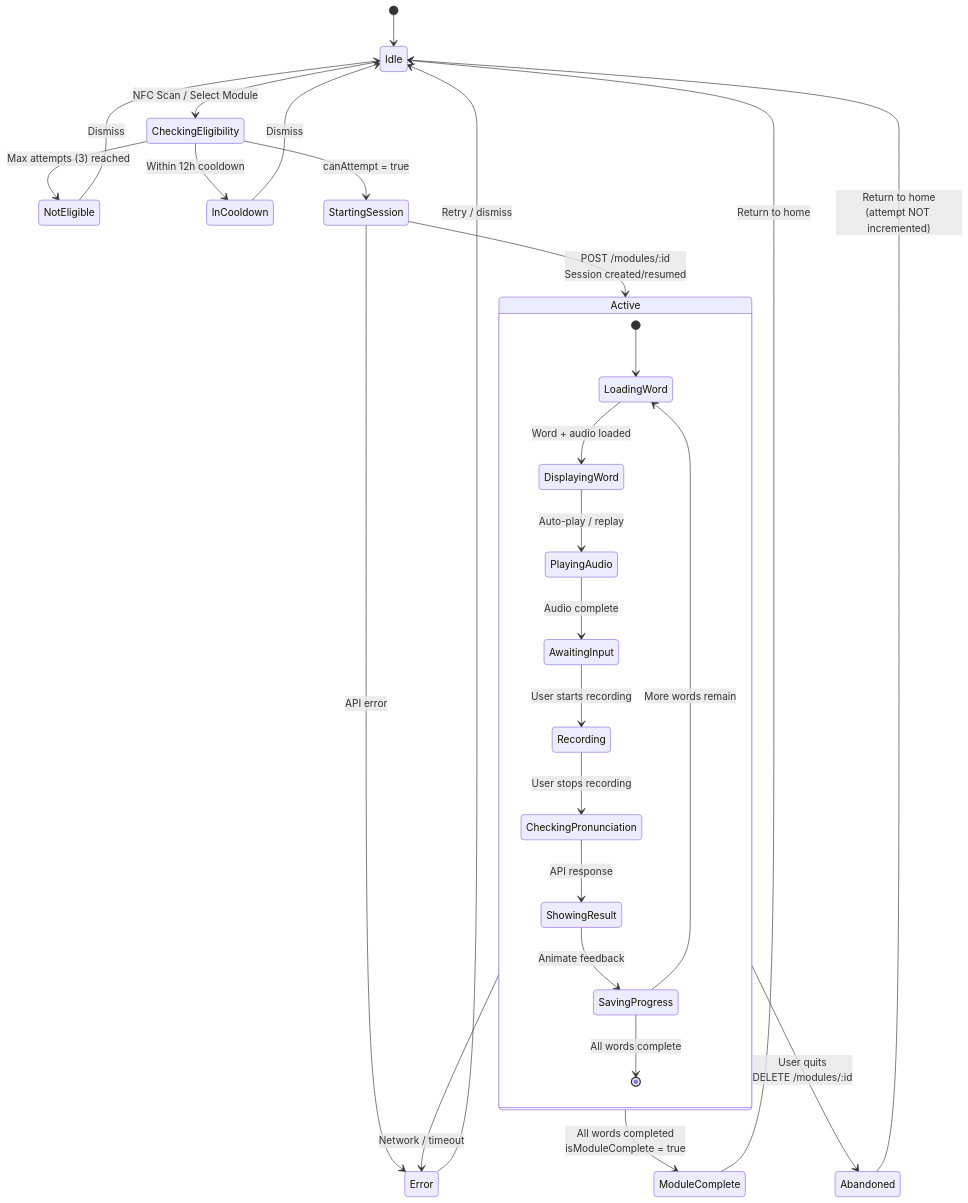
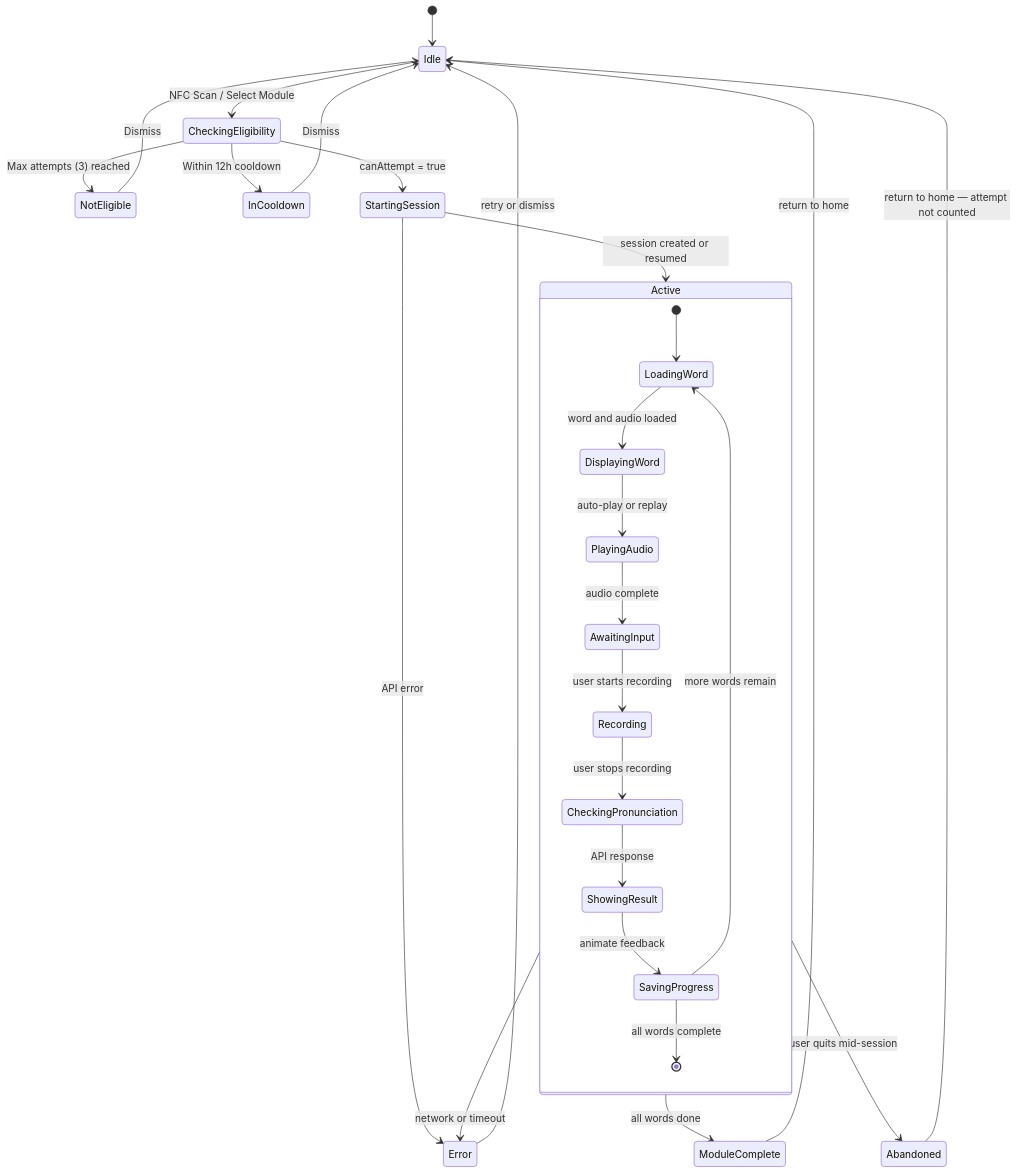
The diagram in docs/diagrams/state-module-session.md (AltanEsmer/tutoria-mobile-app), drawn with Mermaid before and after one commit. The commit also changed 1 other file, not shown here.

Commit message:
Mermaid fix

````diff
--- a/docs/diagrams/state-module-session.md
+++ b/docs/diagrams/state-module-session.md
@@ -40,37 +40,37 @@
 ```mermaid
 stateDiagram-v2
     [*] --> Idle
 
     Idle --> CheckingEligibility: NFC Scan / Select Module
 
     CheckingEligibility --> NotEligible: Max attempts (3) reached
     CheckingEligibility --> InCooldown: Within 12h cooldown
     CheckingEligibility --> StartingSession: canAttempt = true
 
     NotEligible --> Idle: Dismiss
     InCooldown --> Idle: Dismiss
 
-    StartingSession --> Active: POST /modules/:id<br/>Session created/resumed
-    StartingSession --> Error: API error
+    StartingSession --> Active : session created or resumed
+    StartingSession --> Error : API error
 
     state Active {
         [*] --> LoadingWord
-        LoadingWord --> DisplayingWord: Word + audio loaded
-        DisplayingWord --> PlayingAudio: Auto-play / replay
-        PlayingAudio --> AwaitingInput: Audio complete
-        AwaitingInput --> Recording: User starts recording
-        Recording --> CheckingPronunciation: User stops recording
-        CheckingPronunciation --> ShowingResult: API response
-        ShowingResult --> SavingProgress: Animate feedback
-        SavingProgress --> LoadingWord: More words remain
-        SavingProgress --> [*]: All words complete
+        LoadingWord --> DisplayingWord : word and audio loaded
+        DisplayingWord --> PlayingAudio : auto-play or replay
+        PlayingAudio --> AwaitingInput : audio complete
+        AwaitingInput --> Recording : user starts recording
+        Recording --> CheckingPronunciation : user stops recording
+        CheckingPronunciation --> ShowingResult : API response
+        ShowingResult --> SavingProgress : animate feedback
+        SavingProgress --> LoadingWord : more words remain
+        SavingProgress --> [*] : all words complete
     }
 
-    Active --> ModuleComplete: All words completed<br/>isModuleComplete = true
-    Active --> Abandoned: User quits<br/>DELETE /modules/:id
-    Active --> Error: Network / timeout
+    Active --> ModuleComplete : all words done
+    Active --> Abandoned : user quits mid-session
+    Active --> Error : network or timeout
 
-    ModuleComplete --> Idle: Return to home
-    Abandoned --> Idle: Return to home<br/>(attempt NOT incremented)
-    Error --> Idle: Retry / dismiss
+    ModuleComplete --> Idle : return to home
+    Abandoned --> Idle : return to home — attempt not counted
+    Error --> Idle : retry or dismiss
 ```
````
